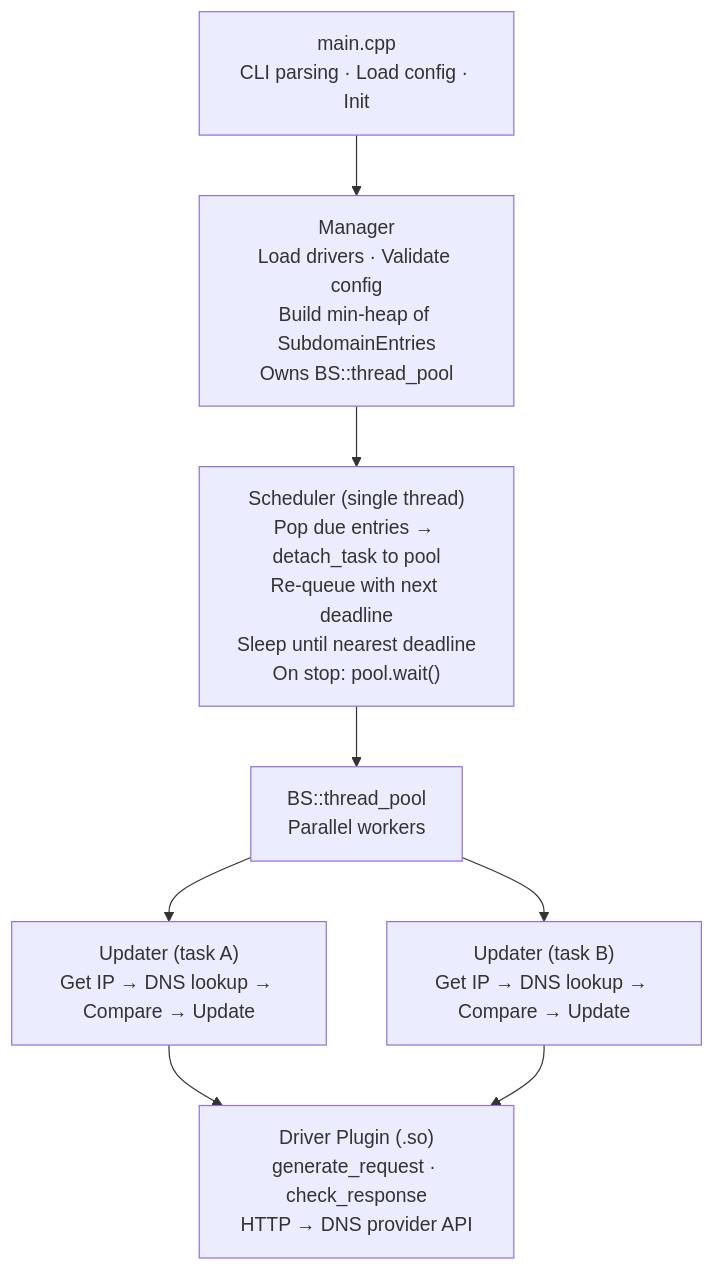
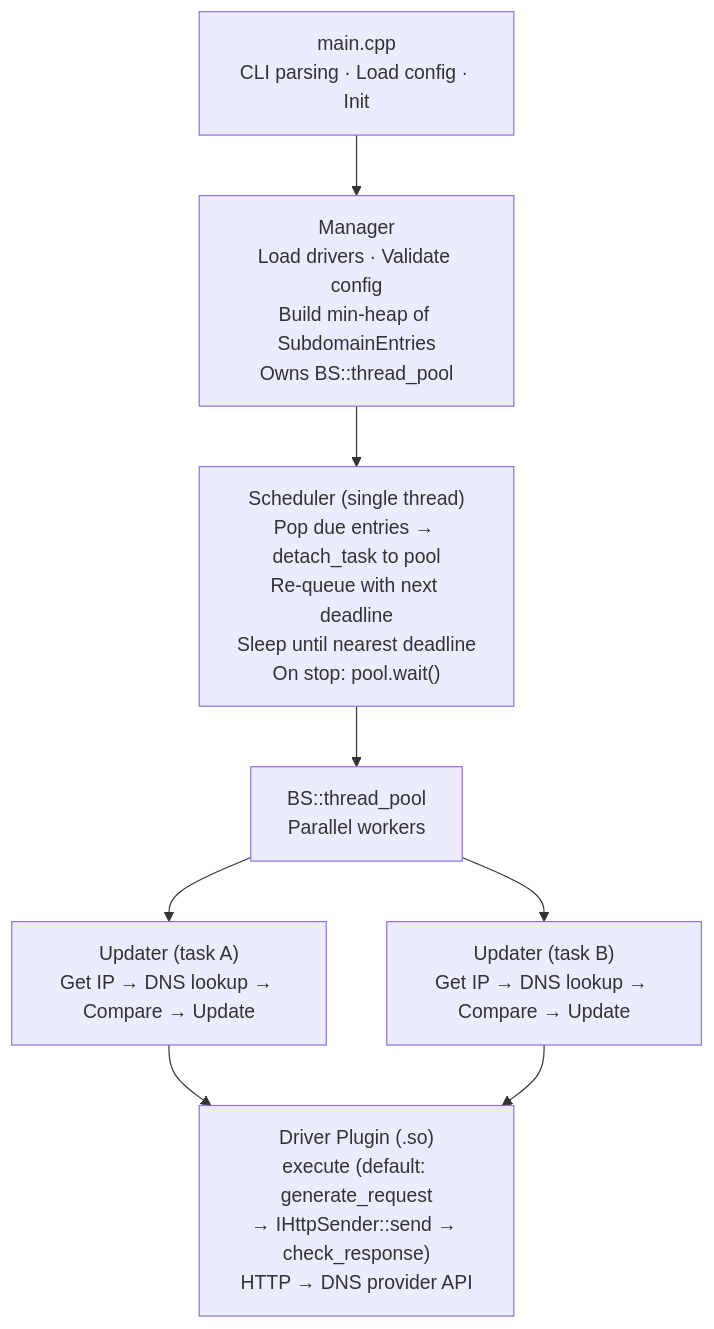
One commit to CyberKoo/yaddnsc changed the diagram in README.md. Above: the diagram before and after it, drawn with Mermaid. The commit also changed other lines of this file and 6 other files, not shown here.

````diff
--- a/README.md
+++ b/README.md
@@ -27,31 +27,32 @@
 ```mermaid
 flowchart TB
     main["main.cpp
 CLI parsing · Load config · Init"]
     mgr["Manager
 Load drivers · Validate config
 Build min-heap of SubdomainEntries
 Owns BS::thread_pool"]
     sched["Scheduler (single thread)
 Pop due entries → detach_task to pool
 Re-queue with next deadline
 Sleep until nearest deadline
 On stop: pool.wait()"]
     pool["BS::thread_pool
 Parallel workers"]
     updaterA["Updater (task A)
 Get IP → DNS lookup → Compare → Update"]
     updaterB["Updater (task B)
 Get IP → DNS lookup → Compare → Update"]
     driver["Driver Plugin (.so)
-generate_request · check_response
+execute (default: generate_request
+→ IHttpSender::send → check_response)
 HTTP → DNS provider API"]
 
     main --> mgr
     mgr --> sched
     sched --> pool
     pool --> updaterA
     pool --> updaterB
     updaterA --> driver
     updaterB --> driver
 ```
````
